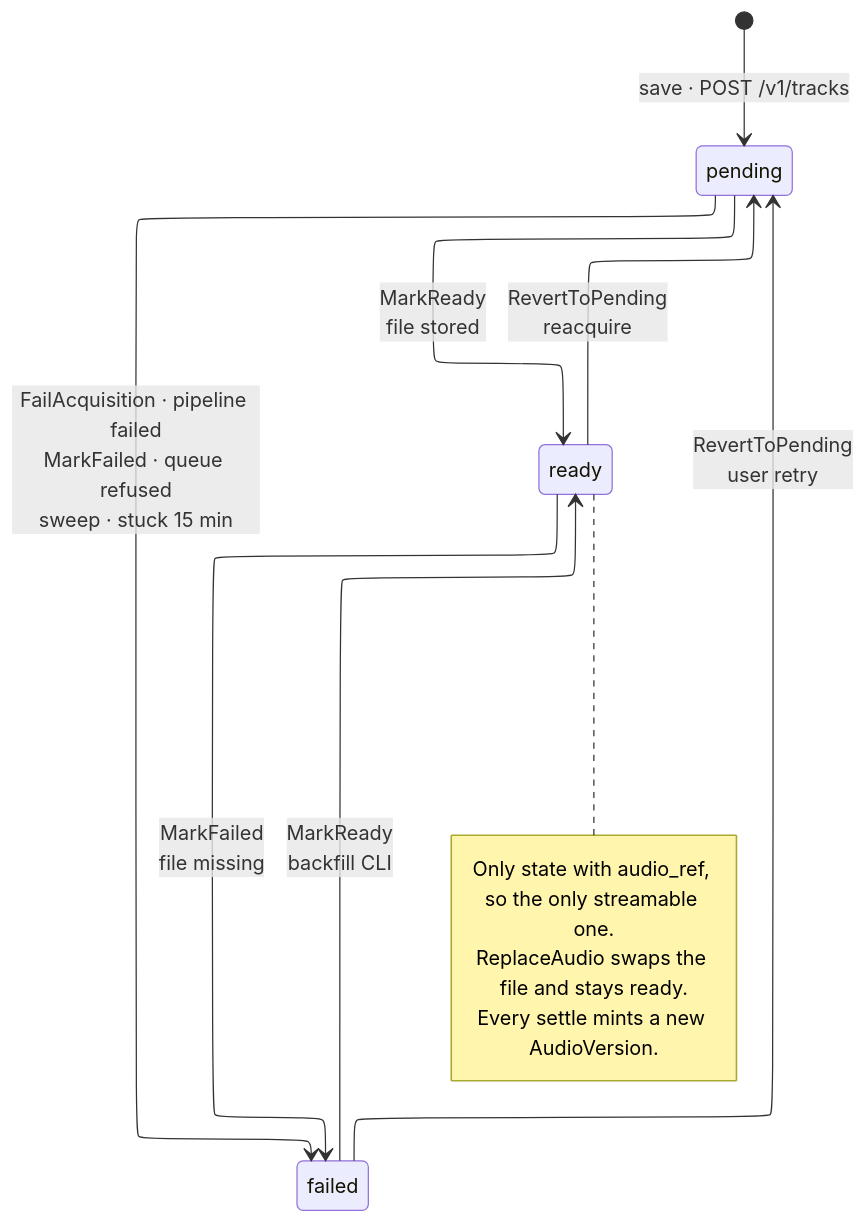
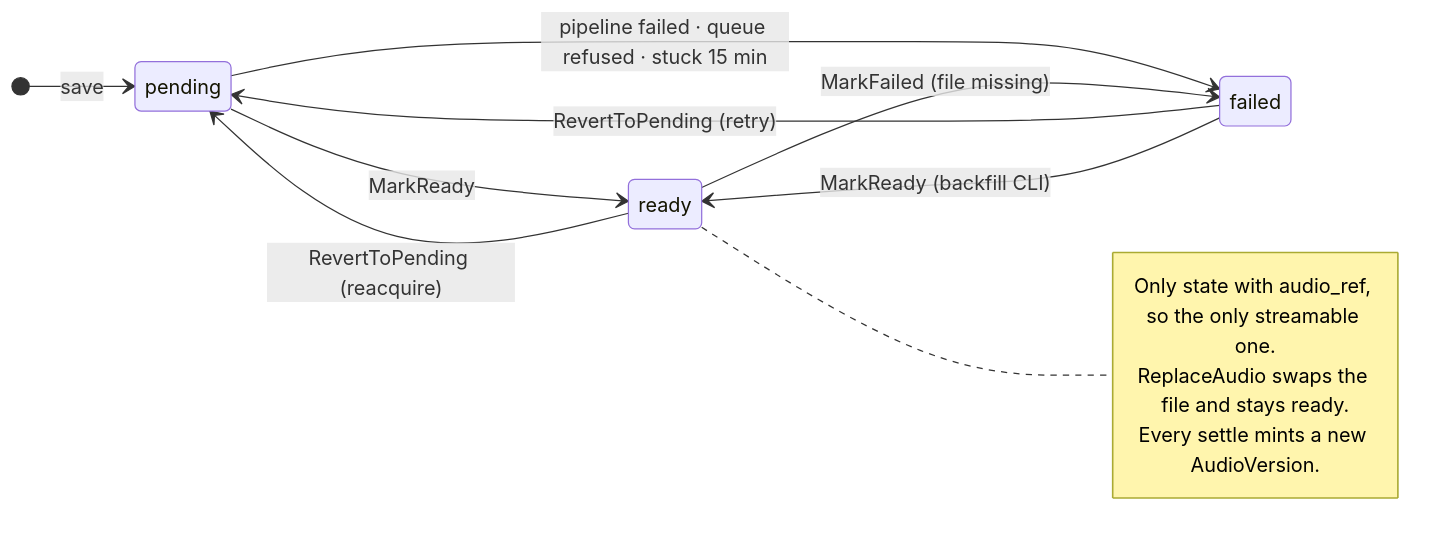
One commit to aleburrascano/altune changed the first of 2 diagrams in docs/diagrams/catalog.md. Above: the diagram before and after it, drawn with Mermaid.

Commit message:
docs(docs): drop elk layout from the acquisition state diagram

````diff
--- a/docs/diagrams/catalog.md
+++ b/docs/diagrams/catalog.md
@@ -7,23 +7,17 @@
 ```mermaid
----
-config:
-  layout: elk
----
 stateDiagram-v2
-    [*] --> pending: save · POST /v1/tracks
-
-    pending --> ready: MarkReady<br/>file stored
-    pending --> failed: FailAcquisition · pipeline failed<br/>MarkFailed · queue refused<br/>sweep · stuck 15 min
-
-    ready --> failed: MarkFailed<br/>file missing
-    ready --> pending: RevertToPending<br/>reacquire
-
-    failed --> pending: RevertToPending<br/>user retry
-    failed --> ready: MarkReady<br/>backfill CLI
+    direction LR
+    [*] --> pending: save
+    pending --> ready: MarkReady
+    ready --> pending: RevertToPending (reacquire)
+    pending --> failed: pipeline failed · queue refused · stuck 15 min
+    ready --> failed: MarkFailed (file missing)
+    failed --> pending: RevertToPending (retry)
+    failed --> ready: MarkReady (backfill CLI)
 
     note right of ready
         Only state with audio_ref, so the only streamable one.
         ReplaceAudio swaps the file and stays ready.
         Every settle mints a new AudioVersion.
     end note
 ```
````
